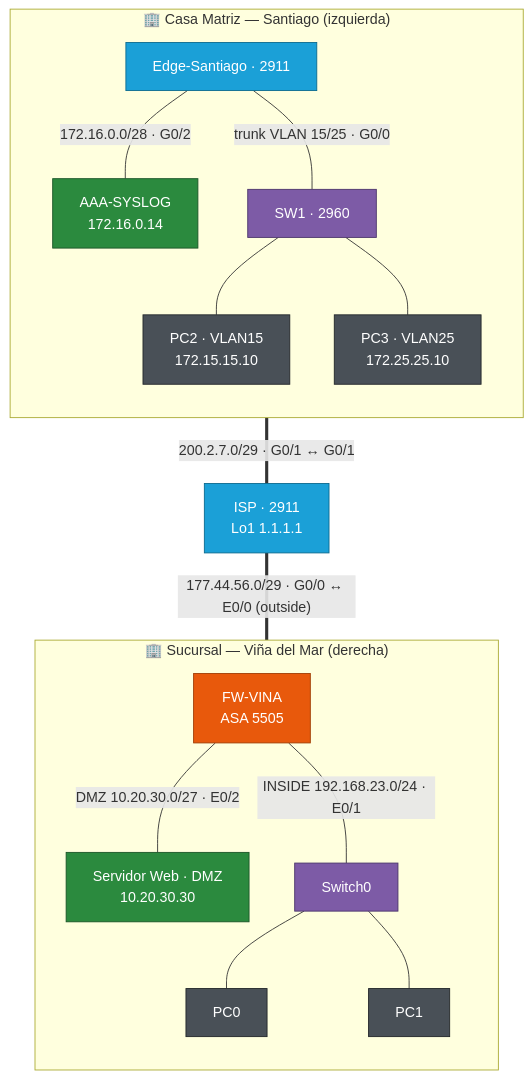
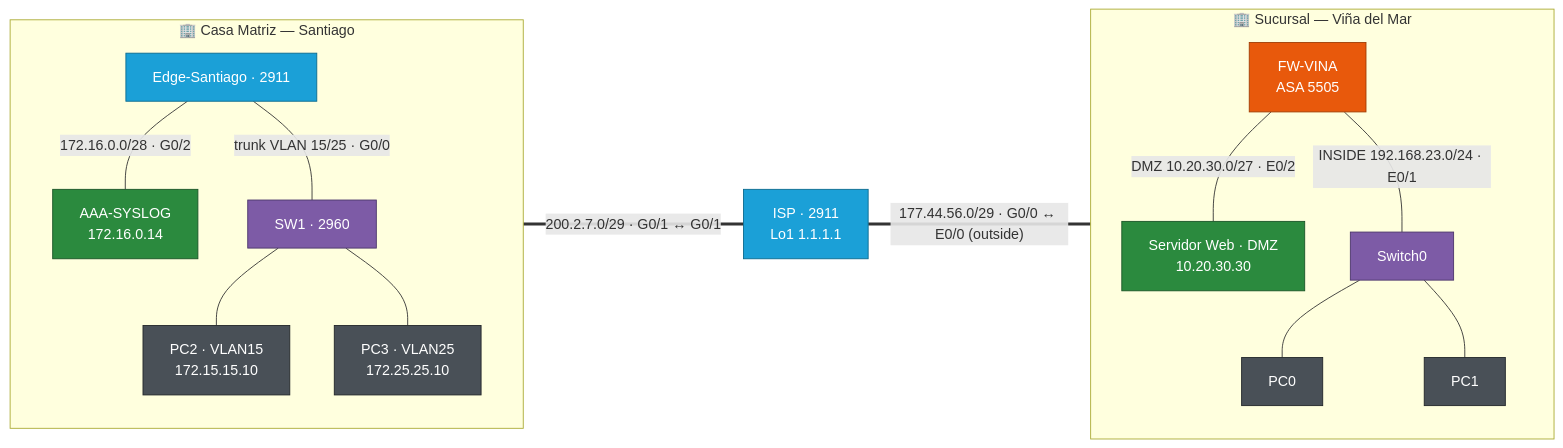
One commit to Aburahamu20/Examen-Transversal-CCNA-Security changed the diagram in README.md. Above: the diagram before and after it, drawn with Mermaid.

Commit message:
Diagrama en orientación horizontal (Santiago - ISP - Viña de lado)

````diff
--- a/README.md
+++ b/README.md
@@ -41,39 +41,39 @@
 ```mermaid
-flowchart TB
-    ISP["ISP · 2911<br/>Lo1 1.1.1.1"]:::router
-
-    subgraph SANTIAGO["🏢 Casa Matriz — Santiago (izquierda)"]
+flowchart LR
+    subgraph SANTIAGO["🏢 Casa Matriz — Santiago"]
         direction TB
         EDGE["Edge-Santiago · 2911"]:::router
         AAA["AAA-SYSLOG<br/>172.16.0.14"]:::server
         SW1["SW1 · 2960"]:::switch
         PC2["PC2 · VLAN15<br/>172.15.15.10"]:::pc
         PC3["PC3 · VLAN25<br/>172.25.25.10"]:::pc
         EDGE ---|"172.16.0.0/28 · G0/2"| AAA
         EDGE ---|"trunk VLAN 15/25 · G0/0"| SW1
         SW1 --- PC2
         SW1 --- PC3
     end
 
-    subgraph VINA["🏢 Sucursal — Viña del Mar (derecha)"]
+    ISP["ISP · 2911<br/>Lo1 1.1.1.1"]:::router
+
+    subgraph VINA["🏢 Sucursal — Viña del Mar"]
         direction TB
         ASA["FW-VINA<br/>ASA 5505"]:::fw
         WEB["Servidor Web · DMZ<br/>10.20.30.30"]:::server
         SW0["Switch0"]:::switch
         PC0["PC0"]:::pc
         PC1["PC1"]:::pc
         ASA ---|"DMZ 10.20.30.0/27 · E0/2"| WEB
         ASA ---|"INSIDE 192.168.23.0/24 · E0/1"| SW0
         SW0 --- PC0
         SW0 --- PC1
     end
 
     EDGE ===|"200.2.7.0/29 · G0/1 ↔ G0/1"| ISP
     ISP ===|"177.44.56.0/29 · G0/0 ↔ E0/0 (outside)"| ASA
 
     classDef router fill:#1BA0D7,stroke:#0b6a8f,color:#fff
     classDef switch fill:#7d5ba6,stroke:#4b356b,color:#fff
     classDef fw fill:#e8590c,stroke:#a03d05,color:#fff
     classDef server fill:#2b8a3e,stroke:#1a5427,color:#fff
     classDef pc fill:#495057,stroke:#212529,color:#fff
 ```
````
